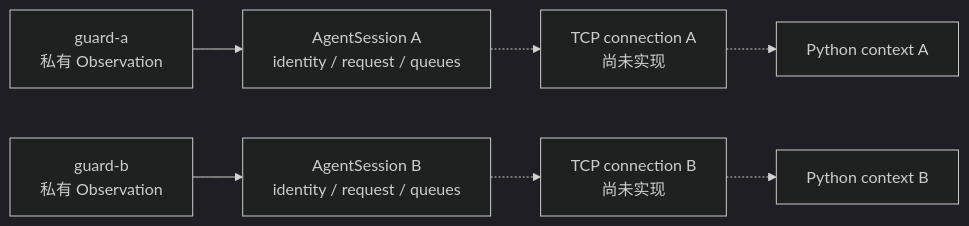
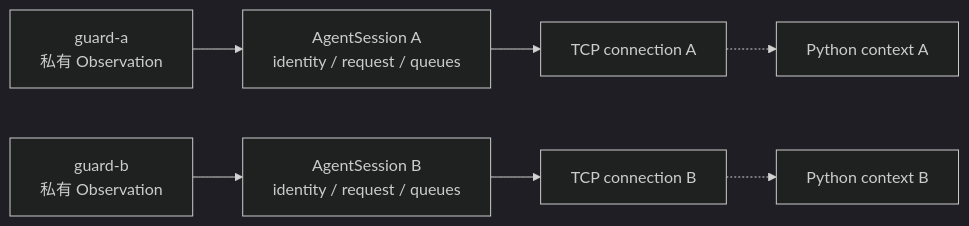
The first of 12 diagrams in proj2/session.md (ericdonno/cs61b-std), drawn with Mermaid (dark theme) before and after one commit. The commit also changed other lines of this file and 5 other files, not shown here.

````diff
--- a/proj2/session.md
+++ b/proj2/session.md
@@ -75,11 +74,11 @@
 ```mermaid
 flowchart LR
     A["guard-a<br/>私有 Observation"] --> SA["AgentSession A<br/>identity / request / queues"]
     B["guard-b<br/>私有 Observation"] --> SB["AgentSession B<br/>identity / request / queues"]
 
-    SA -.-> CA["TCP connection A<br/>尚未实现"]
-    SB -.-> CB["TCP connection B<br/>尚未实现"]
+    SA --> CA["TCP connection A"]
+    SB --> CB["TCP connection B"]
 
     CA -.-> PA["Python context A"]
     CB -.-> PB["Python context B"]
 ```
````
